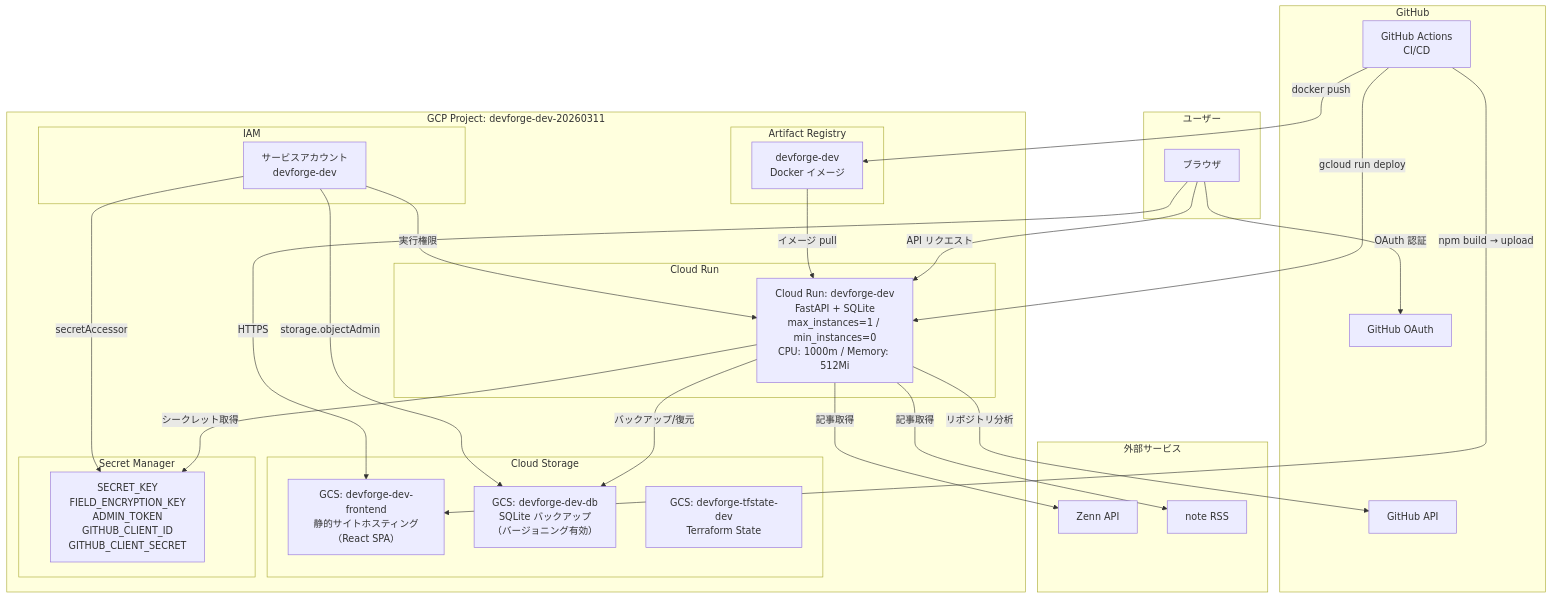
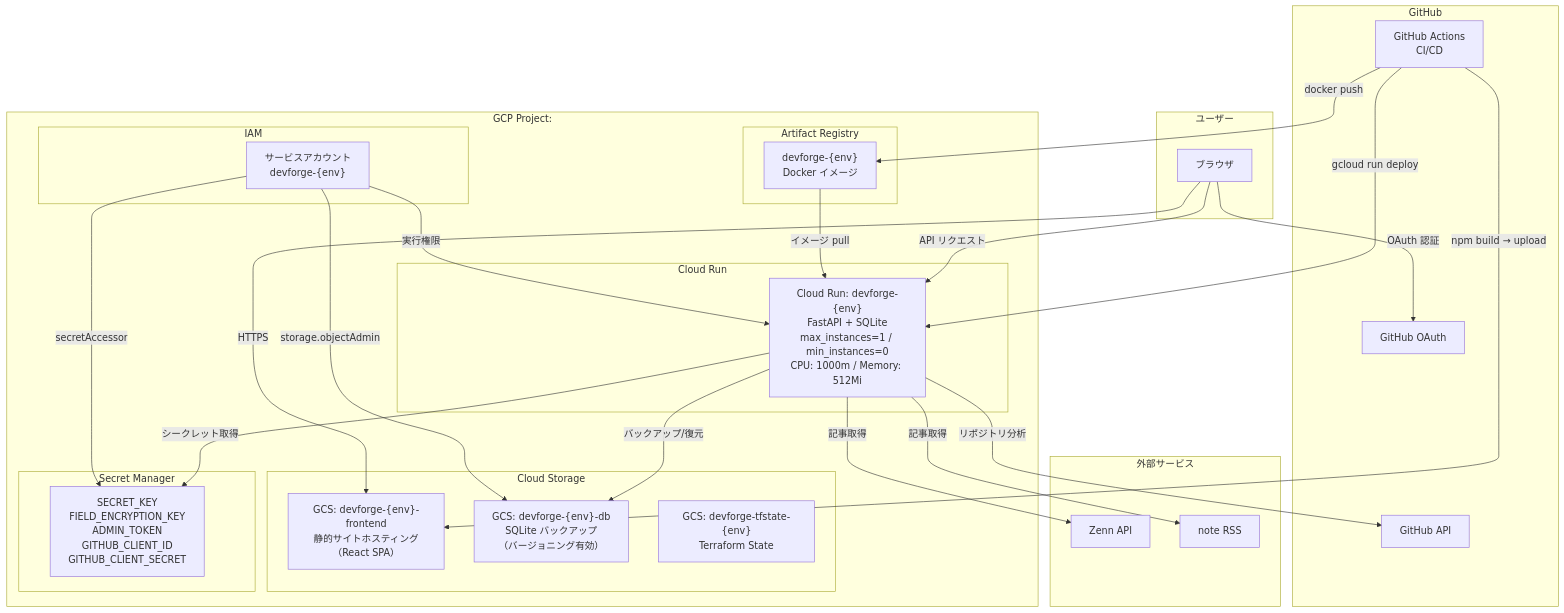
The diagram in README.md (yusuke0610/yakini), drawn with Mermaid before and after one commit. The commit also changed other lines of this file, not shown here.

````diff
--- a/README.md
+++ b/README.md
@@ -320,59 +297,59 @@
 ```mermaid
 graph TB
     subgraph "ユーザー"
         Browser["ブラウザ"]
     end
 
     subgraph "GitHub"
         GitHubActions["GitHub Actions<br/>CI/CD"]
         GitHubOAuth["GitHub OAuth"]
         GitHubAPI["GitHub API"]
     end
 
     subgraph "外部サービス"
         ZennAPI["Zenn API"]
         NoteRSS["note RSS"]
     end
 
-    subgraph "GCP Project: devforge-dev-20260311"
+    subgraph "GCP Project: <PROJECT_ID>"
         subgraph "Cloud Storage"
-            FrontendBucket["GCS: devforge-dev-frontend<br/>静的サイトホスティング<br/>（React SPA）"]
-            DBBackupBucket["GCS: devforge-dev-db<br/>SQLite バックアップ<br/>（バージョニング有効）"]
-            TfstateBucket["GCS: devforge-tfstate-dev<br/>Terraform State"]
+            FrontendBucket["GCS: devforge-{env}-frontend<br/>静的サイトホスティング<br/>（React SPA）"]
+            DBBackupBucket["GCS: devforge-{env}-db<br/>SQLite バックアップ<br/>（バージョニング有効）"]
+            TfstateBucket["GCS: devforge-tfstate-{env}<br/>Terraform State"]
         end
 
         subgraph "Cloud Run"
-            CloudRun["Cloud Run: devforge-dev<br/>FastAPI + SQLite<br/>max_instances=1 / min_instances=0<br/>CPU: 1000m / Memory: 512Mi"]
+            CloudRun["Cloud Run: devforge-{env}<br/>FastAPI + SQLite<br/>max_instances=1 / min_instances=0<br/>CPU: 1000m / Memory: 512Mi"]
         end
 
         subgraph "Artifact Registry"
-            AR["devforge-dev<br/>Docker イメージ"]
+            AR["devforge-{env}<br/>Docker イメージ"]
         end
 
         subgraph "Secret Manager"
             Secrets["SECRET_KEY<br/>FIELD_ENCRYPTION_KEY<br/>ADMIN_TOKEN<br/>GITHUB_CLIENT_ID<br/>GITHUB_CLIENT_SECRET"]
         end
 
         subgraph "IAM"
-            SA["サービスアカウント<br/>devforge-dev"]
+            SA["サービスアカウント<br/>devforge-{env}"]
         end
     end
 
     Browser -->|"HTTPS"| FrontendBucket
     Browser -->|"API リクエスト"| CloudRun
     Browser -->|"OAuth 認証"| GitHubOAuth
 
     GitHubActions -->|"npm build → upload"| FrontendBucket
     GitHubActions -->|"docker push"| AR
     GitHubActions -->|"gcloud run deploy"| CloudRun
 
     CloudRun -->|"バックアップ/復元"| DBBackupBucket
     CloudRun -->|"シークレット取得"| Secrets
     CloudRun -->|"リポジトリ分析"| GitHubAPI
     CloudRun -->|"記事取得"| ZennAPI
     CloudRun -->|"記事取得"| NoteRSS
     AR -->|"イメージ pull"| CloudRun
     SA -->|"実行権限"| CloudRun
     SA -->|"storage.objectAdmin"| DBBackupBucket
     SA -->|"secretAccessor"| Secrets
 ```
````
